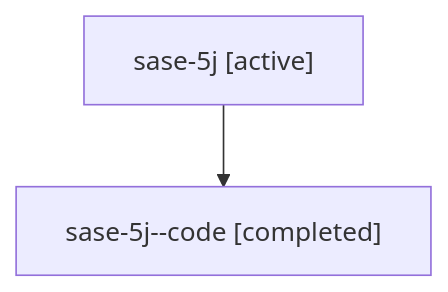
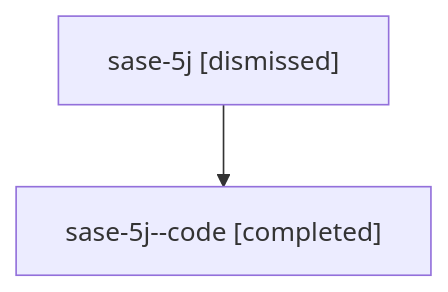
One commit to sase-org/sase--agents changed the diagram in sessions/bbugyi200.athena.sase-5j.md. Above: the diagram before and after it, drawn with Mermaid. The commit also changed other lines of this file and 43 other files, not shown here.

````diff
--- a/sessions/bbugyi200.athena.sase-5j.md
+++ b/sessions/bbugyi200.athena.sase-5j.md
@@ -9,6 +9,6 @@
 ```mermaid
 flowchart TD
-  n0["sase-5j [active]"]
+  n0["sase-5j [dismissed]"]
   n1["sase-5j--code [completed]"]
   n0 --> n1
 ```
````
